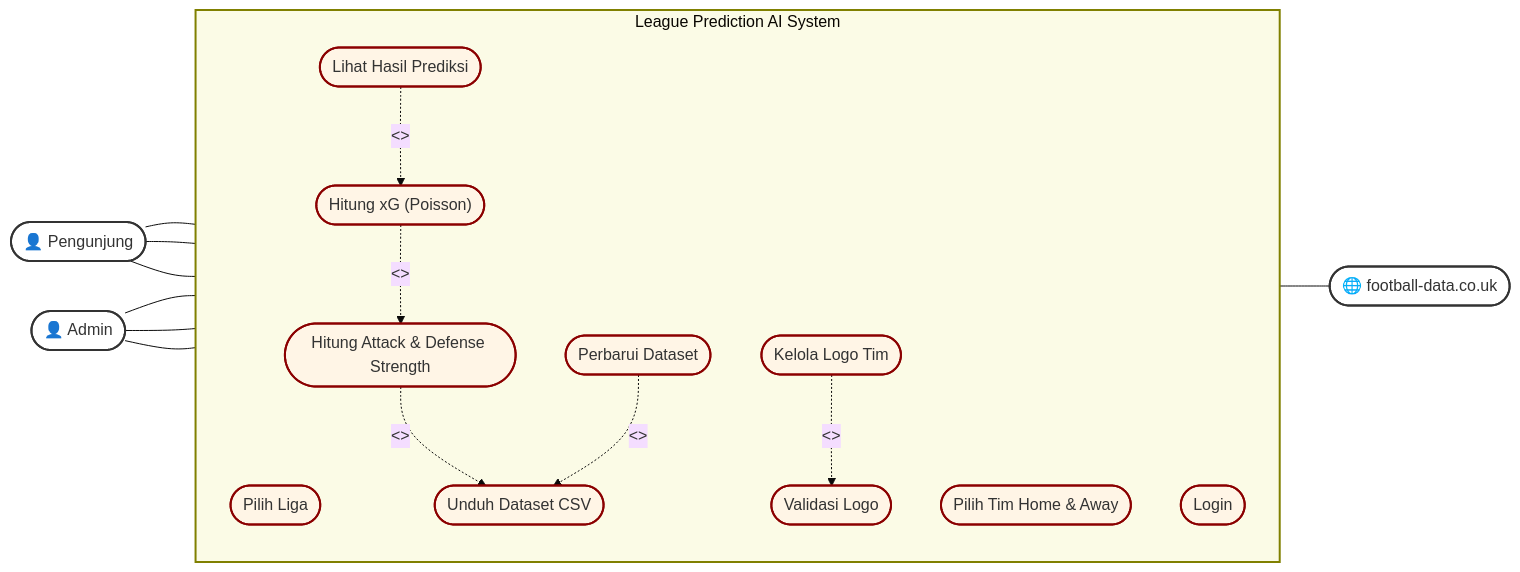
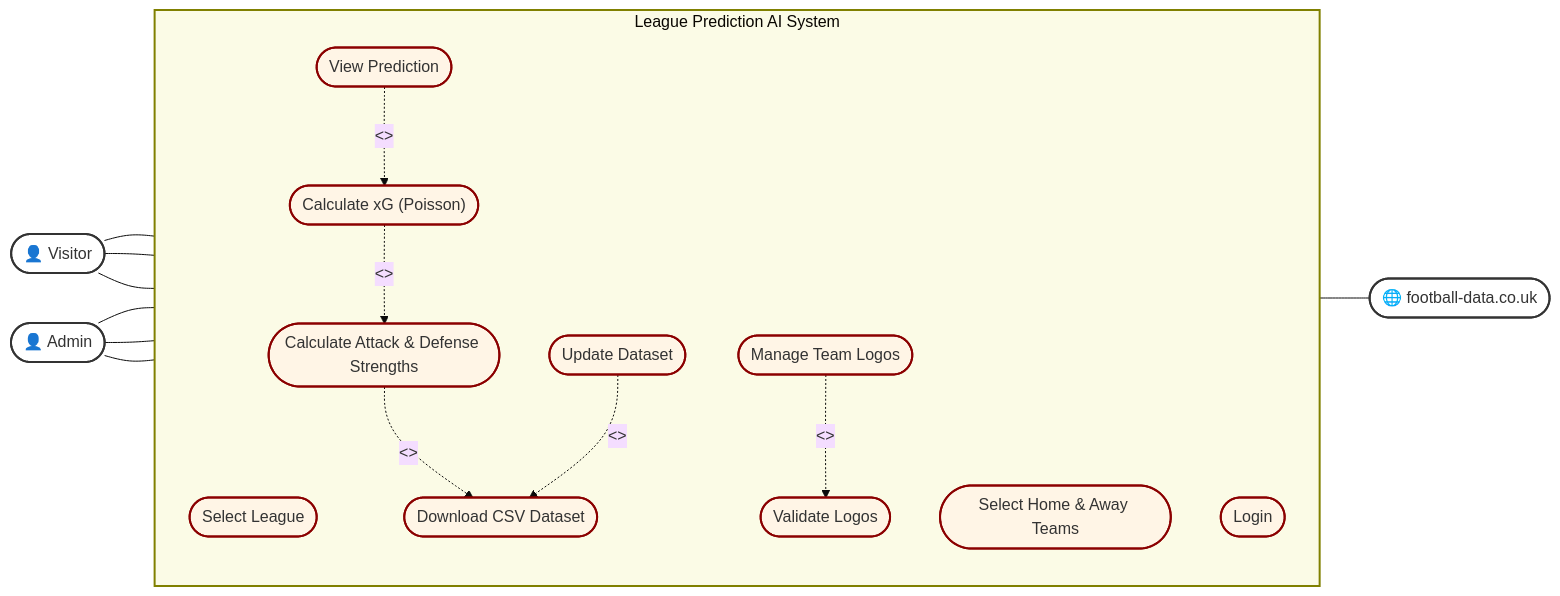
Before and after one commit to Subarukunowo/league-predictor: the diagram in README.md, drawn with Mermaid (base theme). The commit also changed other lines of this file, not shown here.

Commit message:
docs: translate use case diagram and descriptions to english

````diff
--- a/README.md
+++ b/README.md
@@ -43,54 +43,54 @@
 ```mermaid
 flowchart LR
     %% Actors
-    Pengunjung(["👤 Pengunjung"])
+    Visitor(["👤 Visitor"])
     Admin(["👤 Admin"])
     External(["🌐 football-data.co.uk"])
 
     %% Use Cases
     subgraph System ["League Prediction AI System"]
         direction TB
-        UC1(["Pilih Liga"])
-        UC2(["Pilih Tim Home & Away"])
-        UC3(["Lihat Hasil Prediksi"])
-        UC4(["Hitung xG (Poisson)"])
-        UC5(["Hitung Attack & Defense Strength"])
-        UC6(["Unduh Dataset CSV"])
+        UC1(["Select League"])
+        UC2(["Select Home & Away Teams"])
+        UC3(["View Prediction"])
+        UC4(["Calculate xG (Poisson)"])
+        UC5(["Calculate Attack & Defense Strengths"])
+        UC6(["Download CSV Dataset"])
         
         UC7(["Login"])
-        UC8(["Kelola Logo Tim"])
-        UC9(["Validasi Logo"])
-        UC10(["Perbarui Dataset"])
+        UC8(["Manage Team Logos"])
+        UC9(["Validate Logos"])
+        UC10(["Update Dataset"])
     end
 
-    %% Relationships for Pengunjung
-    Pengunjung --- UC1
-    Pengunjung --- UC2
-    Pengunjung --- UC3
+    %% Relationships for Visitor
+    Visitor --- UC1
+    Visitor --- UC2
+    Visitor --- UC3
 
-    %% Includes for Pengunjung flow
+    %% Includes for Visitor flow
     UC3 -. "<<include>>" .-> UC4
     UC4 -. "<<include>>" .-> UC5
     UC5 -. "<<include>>" .-> UC6
 
     %% Relationships for Admin
     Admin --- UC7
     Admin --- UC8
     Admin --- UC10
 
     %% Includes for Admin flow
     UC8 -. "<<include>>" .-> UC9
     UC10 -. "<<include>>" .-> UC6
 
     %% External System Relationship
     UC6 --- External
     
     %% Styling
     classDef actor fill:#fff,stroke:#333,stroke-width:2px;
     classDef usecase fill:#fff5e6,stroke:#8b0000,stroke-width:2px,border-radius:20px;
     classDef system fill:#fbfbe6,stroke:#808000,stroke-width:2px;
     
-    class Pengunjung,Admin,External actor;
+    class Visitor,Admin,External actor;
     class UC1,UC2,UC3,UC4,UC5,UC6,UC7,UC8,UC9,UC10 usecase;
     class System system;
 ```
````
